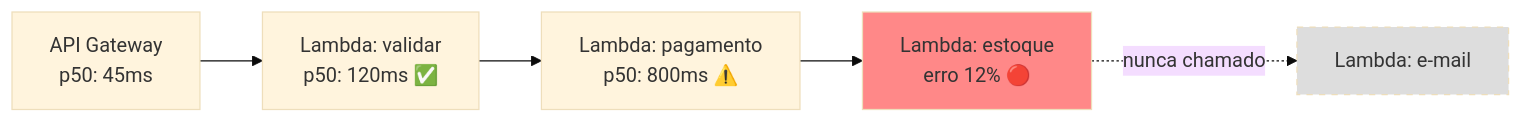
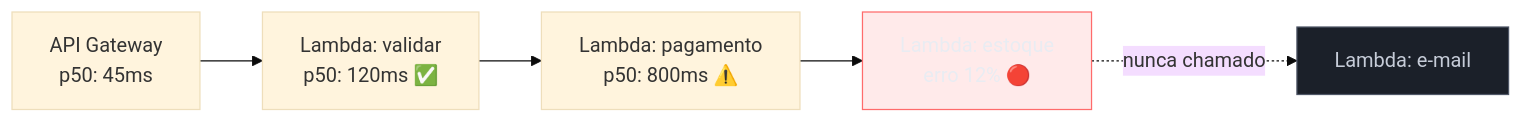
The second of 3 diagrams in 03-Dominios/Tecnologia/Cloud/17 - Observabilidade na cloud/03 - Tracing distribuído.md (josenaldo/codex-technomanticus), drawn with Mermaid (base theme) before and after one commit. The commit also changed other lines of this file and 1181 other files, not shown here.

First line of the commit message:
fix(diagramas): paleta do sistema no lugar de cor cravada no markdown

````diff
--- a/03-Dominios/Tecnologia/Cloud/17 - Observabilidade na cloud/03 - Tracing distribuído.md
+++ b/03-Dominios/Tecnologia/Cloud/17 - Observabilidade na cloud/03 - Tracing distribuído.md
@@ -67,10 +67,12 @@
 ```mermaid
 flowchart LR
+    classDef falha fill:#FF6B6B24,stroke:#FF6B6B,color:#E9ECF2
+    classDef neutro fill:#1B2029,stroke:#4E5666,color:#C6CCD8
     GW["API Gateway<br/>p50: 45ms"] --> V["Lambda: validar<br/>p50: 120ms ✅"]
     V --> P["Lambda: pagamento<br/>p50: 800ms ⚠️"]
     P --> E["Lambda: estoque<br/>erro 12% 🔴"]
     E -.->|nunca chamado| M["Lambda: e-mail"]
 
-    style E fill:#f88
-    style M fill:#ddd,stroke-dasharray: 5 5
+    class E falha
+    class M neutro
 ```
````
